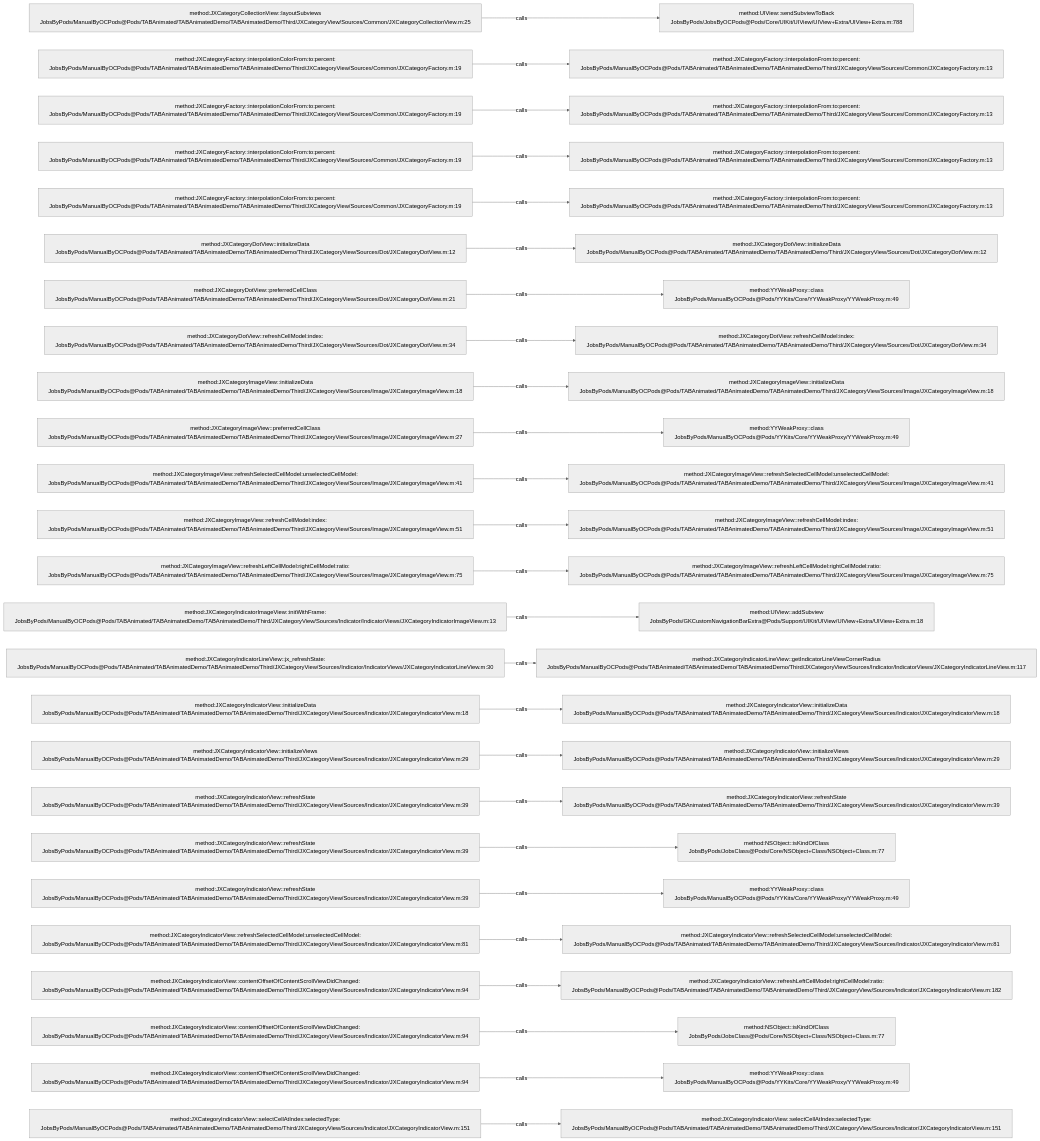
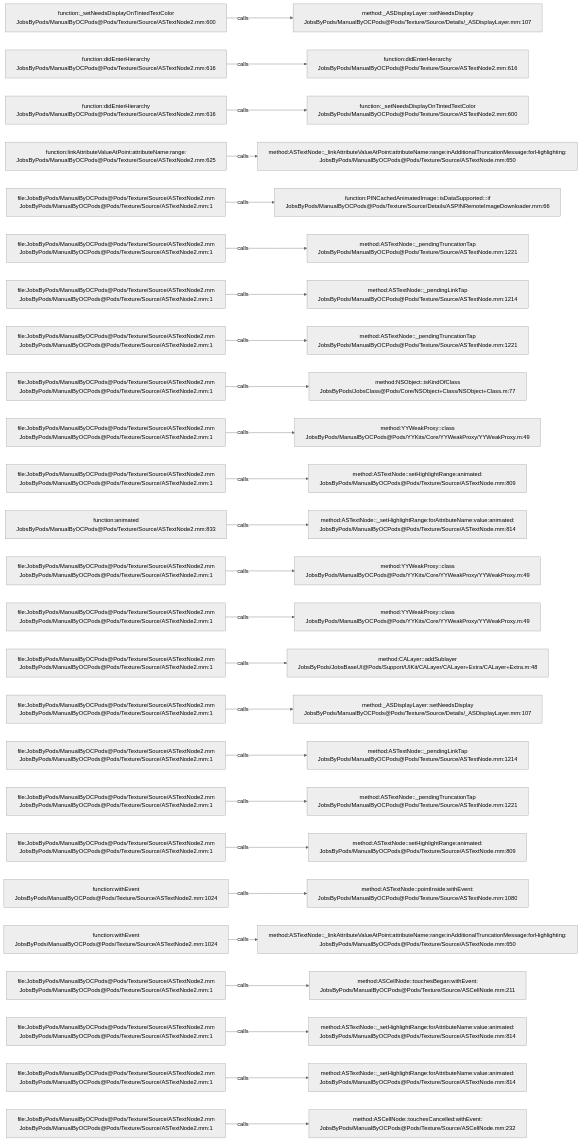
Before and after one commit to JobsKits/JobsOCBaseConfigDemo: the diagram in .codegraph/codegraph.md/graphs/calls-148.md, drawn with Mermaid (neutral theme). The commit also changed 2162 other files, not shown here.

````diff
--- a/.codegraph/codegraph.md/graphs/calls-148.md
+++ b/.codegraph/codegraph.md/graphs/calls-148.md
@@ -13,78 +13,78 @@
 ```mermaid
 flowchart LR
-  S1["method:JXCategoryCollectionView::layoutSubviews<br/>JobsByPods/ManualByOCPods@Pods/TABAnimated/TABAnimatedDemo/TABAnimatedDemo/Third/JXCategoryView/Sources/Common/JXCategoryCollectionView.m:25"]
-  T1["method:UIView::sendSubviewToBack<br/>JobsByPods/JobsByOCPods@Pods/Core/UIKit/UIView/UIView+Extra/UIView+Extra.m:788"]
+  S1["function:_setNeedsDisplayOnTintedTextColor<br/>JobsByPods/ManualByOCPods@Pods/Texture/Source/ASTextNode2.mm:600"]
+  T1["method:_ASDisplayLayer::setNeedsDisplay<br/>JobsByPods/ManualByOCPods@Pods/Texture/Source/Details/_ASDisplayLayer.mm:107"]
   S1 -->|calls| T1
-  S2["method:JXCategoryFactory::interpolationColorFrom:to:percent:<br/>JobsByPods/ManualByOCPods@Pods/TABAnimated/TABAnimatedDemo/TABAnimatedDemo/Third/JXCategoryView/Sources/Common/JXCategoryFactory.m:19"]
-  T2["method:JXCategoryFactory::interpolationFrom:to:percent:<br/>JobsByPods/ManualByOCPods@Pods/TABAnimated/TABAnimatedDemo/TABAnimatedDemo/Third/JXCategoryView/Sources/Common/JXCategoryFactory.m:13"]
+  S2["function:didEnterHierarchy<br/>JobsByPods/ManualByOCPods@Pods/Texture/Source/ASTextNode2.mm:616"]
+  T2["function:didEnterHierarchy<br/>JobsByPods/ManualByOCPods@Pods/Texture/Source/ASTextNode2.mm:616"]
   S2 -->|calls| T2
-  S3["method:JXCategoryFactory::interpolationColorFrom:to:percent:<br/>JobsByPods/ManualByOCPods@Pods/TABAnimated/TABAnimatedDemo/TABAnimatedDemo/Third/JXCategoryView/Sources/Common/JXCategoryFactory.m:19"]
-  T3["method:JXCategoryFactory::interpolationFrom:to:percent:<br/>JobsByPods/ManualByOCPods@Pods/TABAnimated/TABAnimatedDemo/TABAnimatedDemo/Third/JXCategoryView/Sources/Common/JXCategoryFactory.m:13"]
+  S3["function:didEnterHierarchy<br/>JobsByPods/ManualByOCPods@Pods/Texture/Source/ASTextNode2.mm:616"]
+  T3["function:_setNeedsDisplayOnTintedTextColor<br/>JobsByPods/ManualByOCPods@Pods/Texture/Source/ASTextNode2.mm:600"]
   S3 -->|calls| T3
-  S4["method:JXCategoryFactory::interpolationColorFrom:to:percent:<br/>JobsByPods/ManualByOCPods@Pods/TABAnimated/TABAnimatedDemo/TABAnimatedDemo/Third/JXCategoryView/Sources/Common/JXCategoryFactory.m:19"]
-  T4["method:JXCategoryFactory::interpolationFrom:to:percent:<br/>JobsByPods/ManualByOCPods@Pods/TABAnimated/TABAnimatedDemo/TABAnimatedDemo/Third/JXCategoryView/Sources/Common/JXCategoryFactory.m:13"]
+  S4["function:linkAttributeValueAtPoint:attributeName:range:<br/>JobsByPods/ManualByOCPods@Pods/Texture/Source/ASTextNode2.mm:625"]
+  T4["method:ASTextNode::_linkAttributeValueAtPoint:attributeName:range:inAdditionalTruncationMessage:forHighlighting:<br/>JobsByPods/ManualByOCPods@Pods/Texture/Source/ASTextNode.mm:650"]
   S4 -->|calls| T4
-  S5["method:JXCategoryFactory::interpolationColorFrom:to:percent:<br/>JobsByPods/ManualByOCPods@Pods/TABAnimated/TABAnimatedDemo/TABAnimatedDemo/Third/JXCategoryView/Sources/Common/JXCategoryFactory.m:19"]
-  T5["method:JXCategoryFactory::interpolationFrom:to:percent:<br/>JobsByPods/ManualByOCPods@Pods/TABAnimated/TABAnimatedDemo/TABAnimatedDemo/Third/JXCategoryView/Sources/Common/JXCategoryFactory.m:13"]
+  S5["file:JobsByPods/ManualByOCPods@Pods/Texture/Source/ASTextNode2.mm<br/>JobsByPods/ManualByOCPods@Pods/Texture/Source/ASTextNode2.mm:1"]
+  T5["function:PINCachedAnimatedImage::isDataSupported:::if<br/>JobsByPods/ManualByOCPods@Pods/Texture/Source/Details/ASPINRemoteImageDownloader.mm:66"]
   S5 -->|calls| T5
-  S6["method:JXCategoryDotView::initializeData<br/>JobsByPods/ManualByOCPods@Pods/TABAnimated/TABAnimatedDemo/TABAnimatedDemo/Third/JXCategoryView/Sources/Dot/JXCategoryDotView.m:12"]
-  T6["method:JXCategoryDotView::initializeData<br/>JobsByPods/ManualByOCPods@Pods/TABAnimated/TABAnimatedDemo/TABAnimatedDemo/Third/JXCategoryView/Sources/Dot/JXCategoryDotView.m:12"]
+  S6["file:JobsByPods/ManualByOCPods@Pods/Texture/Source/ASTextNode2.mm<br/>JobsByPods/ManualByOCPods@Pods/Texture/Source/ASTextNode2.mm:1"]
+  T6["method:ASTextNode::_pendingTruncationTap<br/>JobsByPods/ManualByOCPods@Pods/Texture/Source/ASTextNode.mm:1221"]
   S6 -->|calls| T6
-  S7["method:JXCategoryDotView::preferredCellClass<br/>JobsByPods/ManualByOCPods@Pods/TABAnimated/TABAnimatedDemo/TABAnimatedDemo/Third/JXCategoryView/Sources/Dot/JXCategoryDotView.m:21"]
-  T7["method:YYWeakProxy::class<br/>JobsByPods/ManualByOCPods@Pods/YYKits/Core/YYWeakProxy/YYWeakProxy.m:49"]
+  S7["file:JobsByPods/ManualByOCPods@Pods/Texture/Source/ASTextNode2.mm<br/>JobsByPods/ManualByOCPods@Pods/Texture/Source/ASTextNode2.mm:1"]
+  T7["method:ASTextNode::_pendingLinkTap<br/>JobsByPods/ManualByOCPods@Pods/Texture/Source/ASTextNode.mm:1214"]
   S7 -->|calls| T7
-  S8["method:JXCategoryDotView::refreshCellModel:index:<br/>JobsByPods/ManualByOCPods@Pods/TABAnimated/TABAnimatedDemo/TABAnimatedDemo/Third/JXCategoryView/Sources/Dot/JXCategoryDotView.m:34"]
-  T8["method:JXCategoryDotView::refreshCellModel:index:<br/>JobsByPods/ManualByOCPods@Pods/TABAnimated/TABAnimatedDemo/TABAnimatedDemo/Third/JXCategoryView/Sources/Dot/JXCategoryDotView.m:34"]
+  S8["file:JobsByPods/ManualByOCPods@Pods/Texture/Source/ASTextNode2.mm<br/>JobsByPods/ManualByOCPods@Pods/Texture/Source/ASTextNode2.mm:1"]
+  T8["method:ASTextNode::_pendingTruncationTap<br/>JobsByPods/ManualByOCPods@Pods/Texture/Source/ASTextNode.mm:1221"]
   S8 -->|calls| T8
-  S9["method:JXCategoryImageView::initializeData<br/>JobsByPods/ManualByOCPods@Pods/TABAnimated/TABAnimatedDemo/TABAnimatedDemo/Third/JXCategoryView/Sources/Image/JXCategoryImageView.m:18"]
-  T9["method:JXCategoryImageView::initializeData<br/>JobsByPods/ManualByOCPods@Pods/TABAnimated/TABAnimatedDemo/TABAnimatedDemo/Third/JXCategoryView/Sources/Image/JXCategoryImageView.m:18"]
+  S9["file:JobsByPods/ManualByOCPods@Pods/Texture/Source/ASTextNode2.mm<br/>JobsByPods/ManualByOCPods@Pods/Texture/Source/ASTextNode2.mm:1"]
+  T9["method:NSObject::isKindOfClass<br/>JobsByPods/JobsClass@Pods/Core/NSObject+Class/NSObject+Class.m:77"]
   S9 -->|calls| T9
-  S10["method:JXCategoryImageView::preferredCellClass<br/>JobsByPods/ManualByOCPods@Pods/TABAnimated/TABAnimatedDemo/TABAnimatedDemo/Third/JXCategoryView/Sources/Image/JXCategoryImageView.m:27"]
+  S10["file:JobsByPods/ManualByOCPods@Pods/Texture/Source/ASTextNode2.mm<br/>JobsByPods/ManualByOCPods@Pods/Texture/Source/ASTextNode2.mm:1"]
   T10["method:YYWeakProxy::class<br/>JobsByPods/ManualByOCPods@Pods/YYKits/Core/YYWeakProxy/YYWeakProxy.m:49"]
   S10 -->|calls| T10
-  S11["method:JXCategoryImageView::refreshSelectedCellModel:unselectedCellModel:<br/>JobsByPods/ManualByOCPods@Pods/TABAnimated/TABAnimatedDemo/TABAnimatedDemo/Third/JXCategoryView/Sources/Image/JXCategoryImageView.m:41"]
-  T11["method:JXCategoryImageView::refreshSelectedCellModel:unselectedCellModel:<br/>JobsByPods/ManualByOCPods@Pods/TABAnimated/TABAnimatedDemo/TABAnimatedDemo/Third/JXCategoryView/Sources/Image/JXCategoryImageView.m:41"]
+  S11["file:JobsByPods/ManualByOCPods@Pods/Texture/Source/ASTextNode2.mm<br/>JobsByPods/ManualByOCPods@Pods/Texture/Source/ASTextNode2.mm:1"]
+  T11["method:ASTextNode::setHighlightRange:animated:<br/>JobsByPods/ManualByOCPods@Pods/Texture/Source/ASTextNode.mm:809"]
   S11 -->|calls| T11
-  S12["method:JXCategoryImageView::refreshCellModel:index:<br/>JobsByPods/ManualByOCPods@Pods/TABAnimated/TABAnimatedDemo/TABAnimatedDemo/Third/JXCategoryView/Sources/Image/JXCategoryImageView.m:51"]
-  T12["method:JXCategoryImageView::refreshCellModel:index:<br/>JobsByPods/ManualByOCPods@Pods/TABAnimated/TABAnimatedDemo/TABAnimatedDemo/Third/JXCategoryView/Sources/Image/JXCategoryImageView.m:51"]
+  S12["function:animated<br/>JobsByPods/ManualByOCPods@Pods/Texture/Source/ASTextNode2.mm:833"]
+  T12["method:ASTextNode::_setHighlightRange:forAttributeName:value:animated:<br/>JobsByPods/ManualByOCPods@Pods/Texture/Source/ASTextNode.mm:814"]
   S12 -->|calls| T12
-  S13["method:JXCategoryImageView::refreshLeftCellModel:rightCellModel:ratio:<br/>JobsByPods/ManualByOCPods@Pods/TABAnimated/TABAnimatedDemo/TABAnimatedDemo/Third/JXCategoryView/Sources/Image/JXCategoryImageView.m:75"]
-  T13["method:JXCategoryImageView::refreshLeftCellModel:rightCellModel:ratio:<br/>JobsByPods/ManualByOCPods@Pods/TABAnimated/TABAnimatedDemo/TABAnimatedDemo/Third/JXCategoryView/Sources/Image/JXCategoryImageView.m:75"]
+  S13["file:JobsByPods/ManualByOCPods@Pods/Texture/Source/ASTextNode2.mm<br/>JobsByPods/ManualByOCPods@Pods/Texture/Source/ASTextNode2.mm:1"]
+  T13["method:YYWeakProxy::class<br/>JobsByPods/ManualByOCPods@Pods/YYKits/Core/YYWeakProxy/YYWeakProxy.m:49"]
   S13 -->|calls| T13
-  S14["method:JXCategoryIndicatorImageView::initWithFrame:<br/>JobsByPods/ManualByOCPods@Pods/TABAnimated/TABAnimatedDemo/TABAnimatedDemo/Third/JXCategoryView/Sources/Indicator/IndicatorViews/JXCategoryIndicatorImageView.m:13"]
-  T14["method:UIView::addSubview<br/>JobsByPods/GKCustomNavigationBarExtra@Pods/Support/UIKit/UIView/UIView+Extra/UIView+Extra.m:18"]
+  S14["file:JobsByPods/ManualByOCPods@Pods/Texture/Source/ASTextNode2.mm<br/>JobsByPods/ManualByOCPods@Pods/Texture/Source/ASTextNode2.mm:1"]
+  T14["method:YYWeakProxy::class<br/>JobsByPods/ManualByOCPods@Pods/YYKits/Core/YYWeakProxy/YYWeakProxy.m:49"]
   S14 -->|calls| T14
-  S15["method:JXCategoryIndicatorLineView::jx_refreshState:<br/>JobsByPods/ManualByOCPods@Pods/TABAnimated/TABAnimatedDemo/TABAnimatedDemo/Third/JXCategoryView/Sources/Indicator/IndicatorViews/JXCategoryIndicatorLineView.m:30"]
-  T15["method:JXCategoryIndicatorLineView::getIndicatorLineViewCornerRadius<br/>JobsByPods/ManualByOCPods@Pods/TABAnimated/TABAnimatedDemo/TABAnimatedDemo/Third/JXCategoryView/Sources/Indicator/IndicatorViews/JXCategoryIndicatorLineView.m:117"]
+  S15["file:JobsByPods/ManualByOCPods@Pods/Texture/Source/ASTextNode2.mm<br/>JobsByPods/ManualByOCPods@Pods/Texture/Source/ASTextNode2.mm:1"]
+  T15["method:CALayer::addSublayer<br/>JobsByPods/JobsBaseUI@Pods/Support/UIKit/CALayer/CALayer+Extra/CALayer+Extra.m:48"]
   S15 -->|calls| T15
-  S16["method:JXCategoryIndicatorView::initializeData<br/>JobsByPods/ManualByOCPods@Pods/TABAnimated/TABAnimatedDemo/TABAnimatedDemo/Third/JXCategoryView/Sources/Indicator/JXCategoryIndicatorView.m:18"]
-  T16["method:JXCategoryIndicatorView::initializeData<br/>JobsByPods/ManualByOCPods@Pods/TABAnimated/TABAnimatedDemo/TABAnimatedDemo/Third/JXCategoryView/Sources/Indicator/JXCategoryIndicatorView.m:18"]
+  S16["file:JobsByPods/ManualByOCPods@Pods/Texture/Source/ASTextNode2.mm<br/>JobsByPods/ManualByOCPods@Pods/Texture/Source/ASTextNode2.mm:1"]
+  T16["method:_ASDisplayLayer::setNeedsDisplay<br/>JobsByPods/ManualByOCPods@Pods/Texture/Source/Details/_ASDisplayLayer.mm:107"]
   S16 -->|calls| T16
-  S17["method:JXCategoryIndicatorView::initializeViews<br/>JobsByPods/ManualByOCPods@Pods/TABAnimated/TABAnimatedDemo/TABAnimatedDemo/Third/JXCategoryView/Sources/Indicator/JXCategoryIndicatorView.m:29"]
-  T17["method:JXCategoryIndicatorView::initializeViews<br/>JobsByPods/ManualByOCPods@Pods/TABAnimated/TABAnimatedDemo/TABAnimatedDemo/Third/JXCategoryView/Sources/Indicator/JXCategoryIndicatorView.m:29"]
+  S17["file:JobsByPods/ManualByOCPods@Pods/Texture/Source/ASTextNode2.mm<br/>JobsByPods/ManualByOCPods@Pods/Texture/Source/ASTextNode2.mm:1"]
+  T17["method:ASTextNode::_pendingLinkTap<br/>JobsByPods/ManualByOCPods@Pods/Texture/Source/ASTextNode.mm:1214"]
   S17 -->|calls| T17
-  S18["method:JXCategoryIndicatorView::refreshState<br/>JobsByPods/ManualByOCPods@Pods/TABAnimated/TABAnimatedDemo/TABAnimatedDemo/Third/JXCategoryView/Sources/Indicator/JXCategoryIndicatorView.m:39"]
-  T18["method:JXCategoryIndicatorView::refreshState<br/>JobsByPods/ManualByOCPods@Pods/TABAnimated/TABAnimatedDemo/TABAnimatedDemo/Third/JXCategoryView/Sources/Indicator/JXCategoryIndicatorView.m:39"]
+  S18["file:JobsByPods/ManualByOCPods@Pods/Texture/Source/ASTextNode2.mm<br/>JobsByPods/ManualByOCPods@Pods/Texture/Source/ASTextNode2.mm:1"]
+  T18["method:ASTextNode::_pendingTruncationTap<br/>JobsByPods/ManualByOCPods@Pods/Texture/Source/ASTextNode.mm:1221"]
   S18 -->|calls| T18
-  S19["method:JXCategoryIndicatorView::refreshState<br/>JobsByPods/ManualByOCPods@Pods/TABAnimated/TABAnimatedDemo/TABAnimatedDemo/Third/JXCategoryView/Sources/Indicator/JXCategoryIndicatorView.m:39"]
-  T19["method:NSObject::isKindOfClass<br/>JobsByPods/JobsClass@Pods/Core/NSObject+Class/NSObject+Class.m:77"]
+  S19["file:JobsByPods/ManualByOCPods@Pods/Texture/Source/ASTextNode2.mm<br/>JobsByPods/ManualByOCPods@Pods/Texture/Source/ASTextNode2.mm:1"]
+  T19["method:ASTextNode::setHighlightRange:animated:<br/>JobsByPods/ManualByOCPods@Pods/Texture/Source/ASTextNode.mm:809"]
   S19 -->|calls| T19
-  S20["method:JXCategoryIndicatorView::refreshState<br/>JobsByPods/ManualByOCPods@Pods/TABAnimated/TABAnimatedDemo/TABAnimatedDemo/Third/JXCategoryView/Sources/Indicator/JXCategoryIndicatorView.m:39"]
-  T20["method:YYWeakProxy::class<br/>JobsByPods/ManualByOCPods@Pods/YYKits/Core/YYWeakProxy/YYWeakProxy.m:49"]
+  S20["function:withEvent<br/>JobsByPods/ManualByOCPods@Pods/Texture/Source/ASTextNode2.mm:1024"]
+  T20["method:ASTextNode::pointInside:withEvent:<br/>JobsByPods/ManualByOCPods@Pods/Texture/Source/ASTextNode.mm:1080"]
   S20 -->|calls| T20
-  S21["method:JXCategoryIndicatorView::refreshSelectedCellModel:unselectedCellModel:<br/>JobsByPods/ManualByOCPods@Pods/TABAnimated/TABAnimatedDemo/TABAnimatedDemo/Third/JXCategoryView/Sources/Indicator/JXCategoryIndicatorView.m:81"]
-  T21["method:JXCategoryIndicatorView::refreshSelectedCellModel:unselectedCellModel:<br/>JobsByPods/ManualByOCPods@Pods/TABAnimated/TABAnimatedDemo/TABAnimatedDemo/Third/JXCategoryView/Sources/Indicator/JXCategoryIndicatorView.m:81"]
+  S21["function:withEvent<br/>JobsByPods/ManualByOCPods@Pods/Texture/Source/ASTextNode2.mm:1024"]
+  T21["method:ASTextNode::_linkAttributeValueAtPoint:attributeName:range:inAdditionalTruncationMessage:forHighlighting:<br/>JobsByPods/ManualByOCPods@Pods/Texture/Source/ASTextNode.mm:650"]
   S21 -->|calls| T21
-  S22["method:JXCategoryIndicatorView::contentOffsetOfContentScrollViewDidChanged:<br/>JobsByPods/ManualByOCPods@Pods/TABAnimated/TABAnimatedDemo/TABAnimatedDemo/Third/JXCategoryView/Sources/Indicator/JXCategoryIndicatorView.m:94"]
-  T22["method:JXCategoryIndicatorView::refreshLeftCellModel:rightCellModel:ratio:<br/>JobsByPods/ManualByOCPods@Pods/TABAnimated/TABAnimatedDemo/TABAnimatedDemo/Third/JXCategoryView/Sources/Indicator/JXCategoryIndicatorView.m:182"]
+  S22["file:JobsByPods/ManualByOCPods@Pods/Texture/Source/ASTextNode2.mm<br/>JobsByPods/ManualByOCPods@Pods/Texture/Source/ASTextNode2.mm:1"]
+  T22["method:ASCellNode::touchesBegan:withEvent:<br/>JobsByPods/ManualByOCPods@Pods/Texture/Source/ASCellNode.mm:211"]
   S22 -->|calls| T22
-  S23["method:JXCategoryIndicatorView::contentOffsetOfContentScrollViewDidChanged:<br/>JobsByPods/ManualByOCPods@Pods/TABAnimated/TABAnimatedDemo/TABAnimatedDemo/Third/JXCategoryView/Sources/Indicator/JXCategoryIndicatorView.m:94"]
-  T23["method:NSObject::isKindOfClass<br/>JobsByPods/JobsClass@Pods/Core/NSObject+Class/NSObject+Class.m:77"]
+  S23["file:JobsByPods/ManualByOCPods@Pods/Texture/Source/ASTextNode2.mm<br/>JobsByPods/ManualByOCPods@Pods/Texture/Source/ASTextNode2.mm:1"]
+  T23["method:ASTextNode::_setHighlightRange:forAttributeName:value:animated:<br/>JobsByPods/ManualByOCPods@Pods/Texture/Source/ASTextNode.mm:814"]
   S23 -->|calls| T23
-  S24["method:JXCategoryIndicatorView::contentOffsetOfContentScrollViewDidChanged:<br/>JobsByPods/ManualByOCPods@Pods/TABAnimated/TABAnimatedDemo/TABAnimatedDemo/Third/JXCategoryView/Sources/Indicator/JXCategoryIndicatorView.m:94"]
-  T24["method:YYWeakProxy::class<br/>JobsByPods/ManualByOCPods@Pods/YYKits/Core/YYWeakProxy/YYWeakProxy.m:49"]
+  S24["file:JobsByPods/ManualByOCPods@Pods/Texture/Source/ASTextNode2.mm<br/>JobsByPods/ManualByOCPods@Pods/Texture/Source/ASTextNode2.mm:1"]
+  T24["method:ASTextNode::_setHighlightRange:forAttributeName:value:animated:<br/>JobsByPods/ManualByOCPods@Pods/Texture/Source/ASTextNode.mm:814"]
   S24 -->|calls| T24
-  S25["method:JXCategoryIndicatorView::selectCellAtIndex:selectedType:<br/>JobsByPods/ManualByOCPods@Pods/TABAnimated/TABAnimatedDemo/TABAnimatedDemo/Third/JXCategoryView/Sources/Indicator/JXCategoryIndicatorView.m:151"]
-  T25["method:JXCategoryIndicatorView::selectCellAtIndex:selectedType:<br/>JobsByPods/ManualByOCPods@Pods/TABAnimated/TABAnimatedDemo/TABAnimatedDemo/Third/JXCategoryView/Sources/Indicator/JXCategoryIndicatorView.m:151"]
+  S25["file:JobsByPods/ManualByOCPods@Pods/Texture/Source/ASTextNode2.mm<br/>JobsByPods/ManualByOCPods@Pods/Texture/Source/ASTextNode2.mm:1"]
+  T25["method:ASCellNode::touchesCancelled:withEvent:<br/>JobsByPods/ManualByOCPods@Pods/Texture/Source/ASCellNode.mm:232"]
   S25 -->|calls| T25
 ```
````
